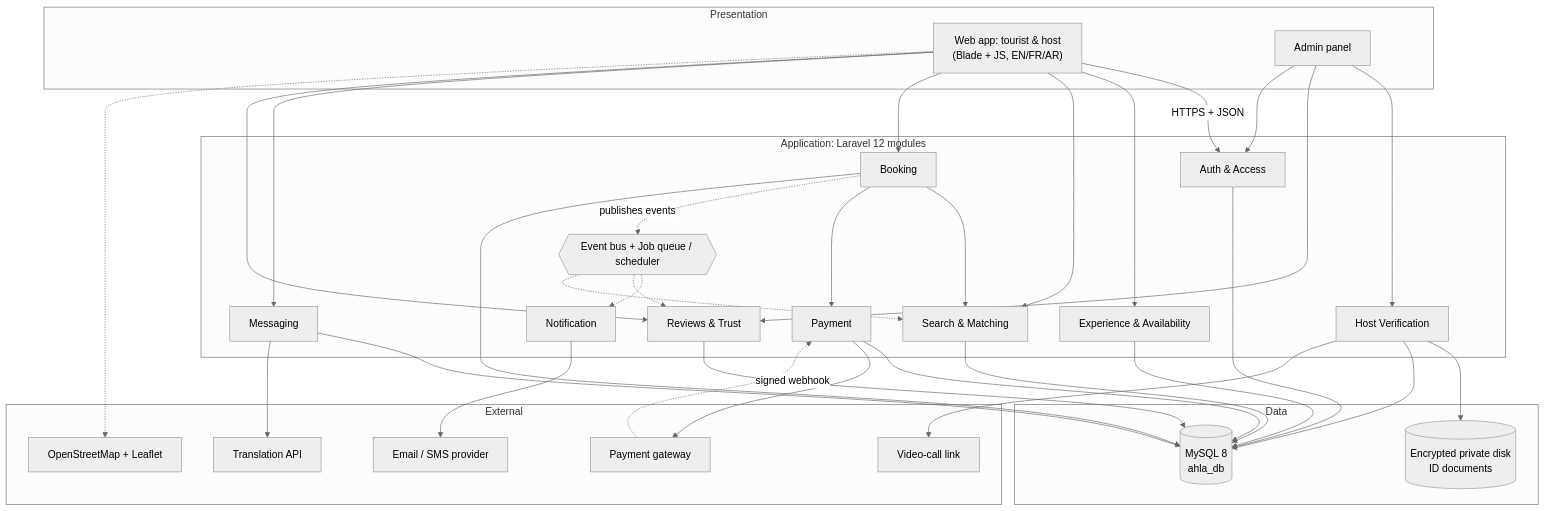
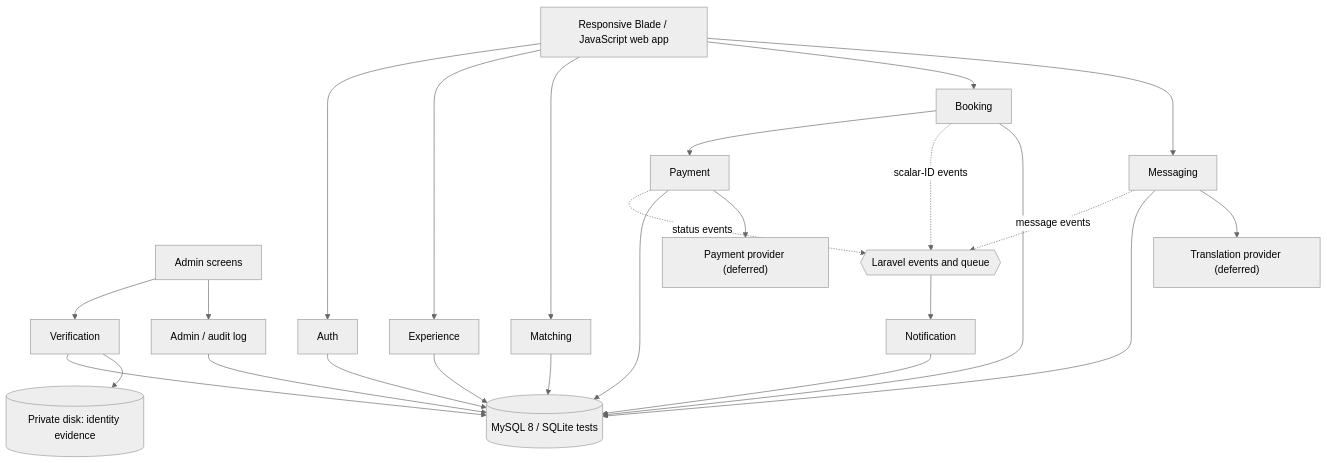
Before and after one commit to nourbouzir/Ahla: the first of 2 diagrams in docs/architecture.md, drawn with Mermaid (neutral theme). The commit also changed other lines of this file and 82 other files, not shown here.

````diff
--- a/docs/architecture.md
+++ b/docs/architecture.md
@@ -49,49 +26,44 @@
 ```mermaid
 flowchart TB
-    subgraph Presentation
-        WEB["Web app: tourist & host<br/>(Blade + JS, EN/FR/AR)"]
-        ADM["Admin panel"]
-    end
+    WEB["Responsive Blade / JavaScript web app"]
+    ADMIN["Admin screens"]
+    AUTH["Auth"]
+    VER["Verification"]
+    EXP["Experience"]
+    MAT["Matching"]
+    BOOK["Booking"]
+    PAY["Payment"]
+    MSG["Messaging"]
+    NOTIF["Notification"]
+    AUDIT["Admin / audit log"]
+    BUS{{"Laravel events and queue"}}
+    DB[("MySQL 8 / SQLite tests")]
+    PRIVATE[("Private disk: identity evidence")]
+    GATEWAY["Payment provider (deferred)"]
+    TRANSLATOR["Translation provider (deferred)"]
 
-    subgraph Application["Application: Laravel 12 modules"]
-        AUTH[Auth & Access]
-        VER[Host Verification]
-        EXP[Experience & Availability]
-        MAT[Search & Matching]
-        BOOK[Booking]
-        PAY[Payment]
-        MSG[Messaging]
-        TRUST[Reviews & Trust]
-        NOTIF[Notification]
-        BUS{{"Event bus + Job queue / scheduler"}}
-    end
-
-    subgraph Data
-        DB[("MySQL 8<br/>ahla_db")]
-        FILES[("Encrypted private disk<br/>ID documents")]
-    end
-
-    subgraph External
-        GW[Payment gateway]
-        TR[Translation API]
-        MAIL[Email / SMS provider]
-        MAPS[OpenStreetMap + Leaflet]
-        VID[Video-call link]
-    end
-
-    WEB -->|HTTPS + JSON| AUTH
-    WEB --> EXP & MAT & BOOK & MSG & TRUST
-    ADM --> VER & TRUST & AUTH
-    BOOK --> MAT
+    WEB --> AUTH
+    WEB --> EXP
+    WEB --> MAT
+    WEB --> BOOK
+    WEB --> MSG
+    ADMIN --> VER
+    ADMIN --> AUDIT
     BOOK --> PAY
-    BOOK -.publishes events.-> BUS
-    BUS -.-> NOTIF & TRUST & MAT
-    VER --> FILES
-    AUTH & VER & EXP & MAT & BOOK & PAY & MSG & TRUST --> DB
-    PAY --> GW
-    GW -.signed webhook.-> PAY
-    MSG --> TR
-    NOTIF --> MAIL
-    VER --> VID
-    WEB -.-> MAPS
+    BOOK -. scalar-ID events .-> BUS
+    PAY -. status events .-> BUS
+    MSG -. message events .-> BUS
+    BUS --> NOTIF
+    AUTH --> DB
+    VER --> DB
+    VER --> PRIVATE
+    EXP --> DB
+    MAT --> DB
+    BOOK --> DB
+    PAY --> DB
+    MSG --> DB
+    NOTIF --> DB
+    AUDIT --> DB
+    PAY --> GATEWAY
+    MSG --> TRANSLATOR
 ```
````
